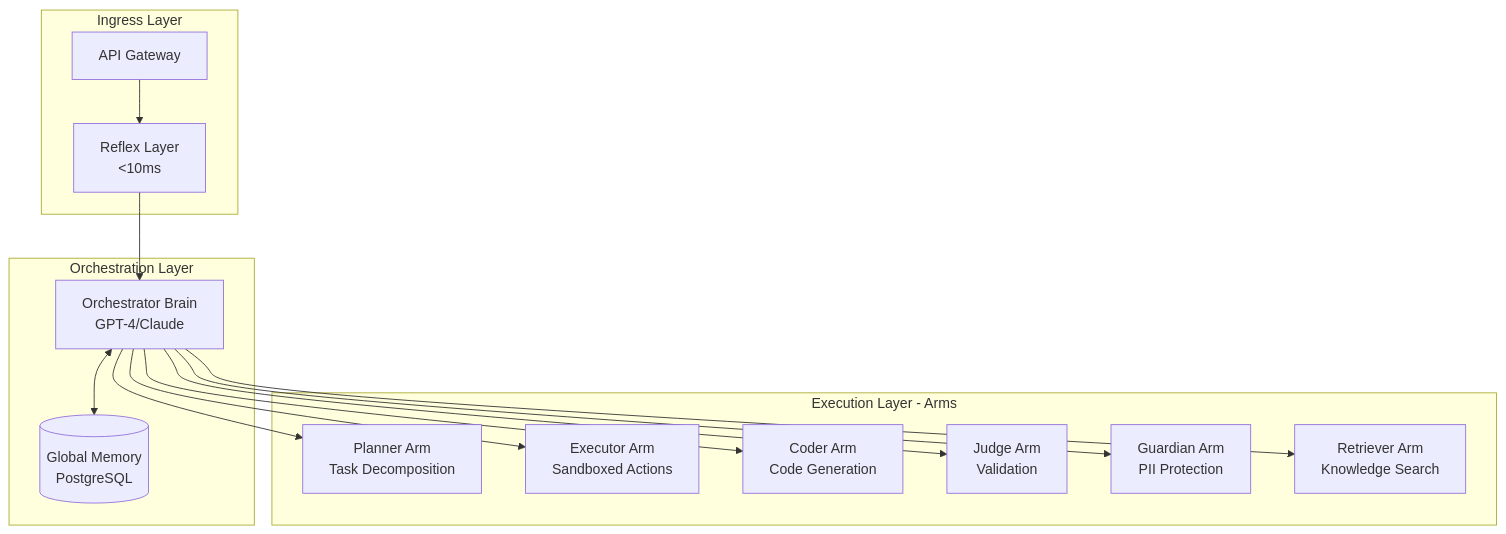
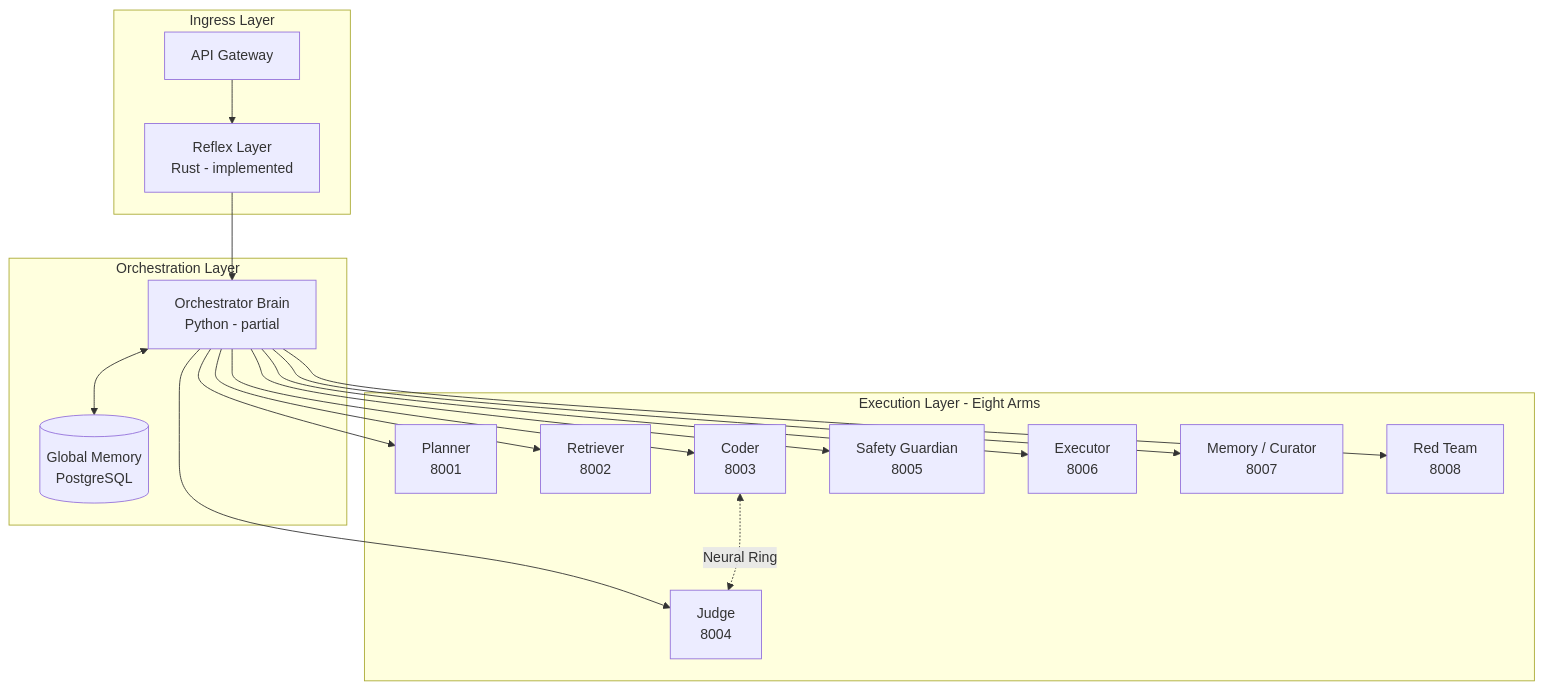
The diagram in README.md (doublegate/OctoLLM), drawn with Mermaid before and after one commit. The commit also changed other lines of this file and 1 other file, not shown here.

````diff
--- a/README.md
+++ b/README.md
@@ -41,26 +39,29 @@
 ```mermaid
 graph TB
     subgraph "Ingress Layer"
         API[API Gateway]
-        REF[Reflex Layer<br/><10ms]
+        REF[Reflex Layer<br/>Rust - implemented]
     end
 
     subgraph "Orchestration Layer"
-        ORCH[Orchestrator Brain<br/>GPT-4/Claude]
+        ORCH[Orchestrator Brain<br/>Python - partial]
         GMEM[(Global Memory<br/>PostgreSQL)]
     end
 
-    subgraph "Execution Layer - Arms"
-        PLAN[Planner Arm<br/>Task Decomposition]
-        EXEC[Executor Arm<br/>Sandboxed Actions]
-        CODE[Coder Arm<br/>Code Generation]
-        JUDG[Judge Arm<br/>Validation]
-        SAFE[Guardian Arm<br/>PII Protection]
-        RETR[Retriever Arm<br/>Knowledge Search]
+    subgraph "Execution Layer - Eight Arms"
+        PLAN[Planner<br/>8001]
+        RETR[Retriever<br/>8002]
+        CODE[Coder<br/>8003]
+        JUDG[Judge<br/>8004]
+        SAFE[Safety Guardian<br/>8005]
+        EXEC[Executor<br/>8006]
+        MEM[Memory / Curator<br/>8007]
+        RED[Red Team<br/>8008]
     end
 
     API --> REF
     REF --> ORCH
-    ORCH --> PLAN & EXEC & CODE & JUDG & SAFE & RETR
+    ORCH --> PLAN & RETR & CODE & JUDG & SAFE & EXEC & MEM & RED
     ORCH <--> GMEM
+    CODE <-. Neural Ring .-> JUDG
 ```
````
